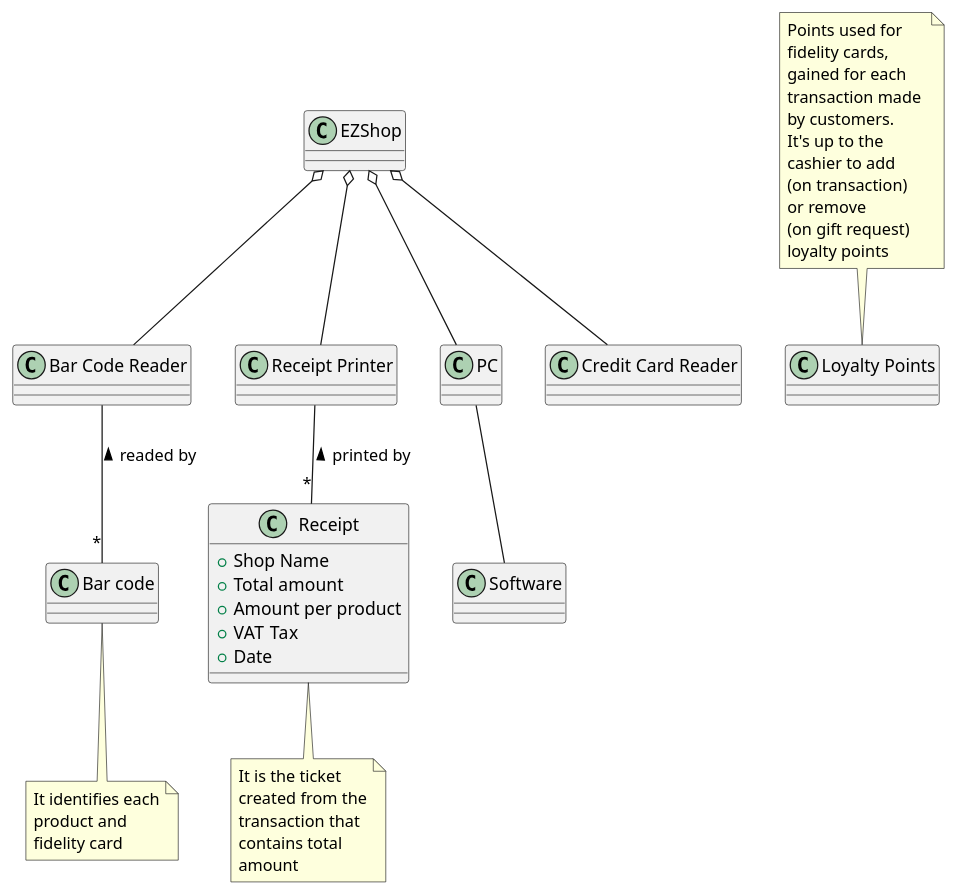
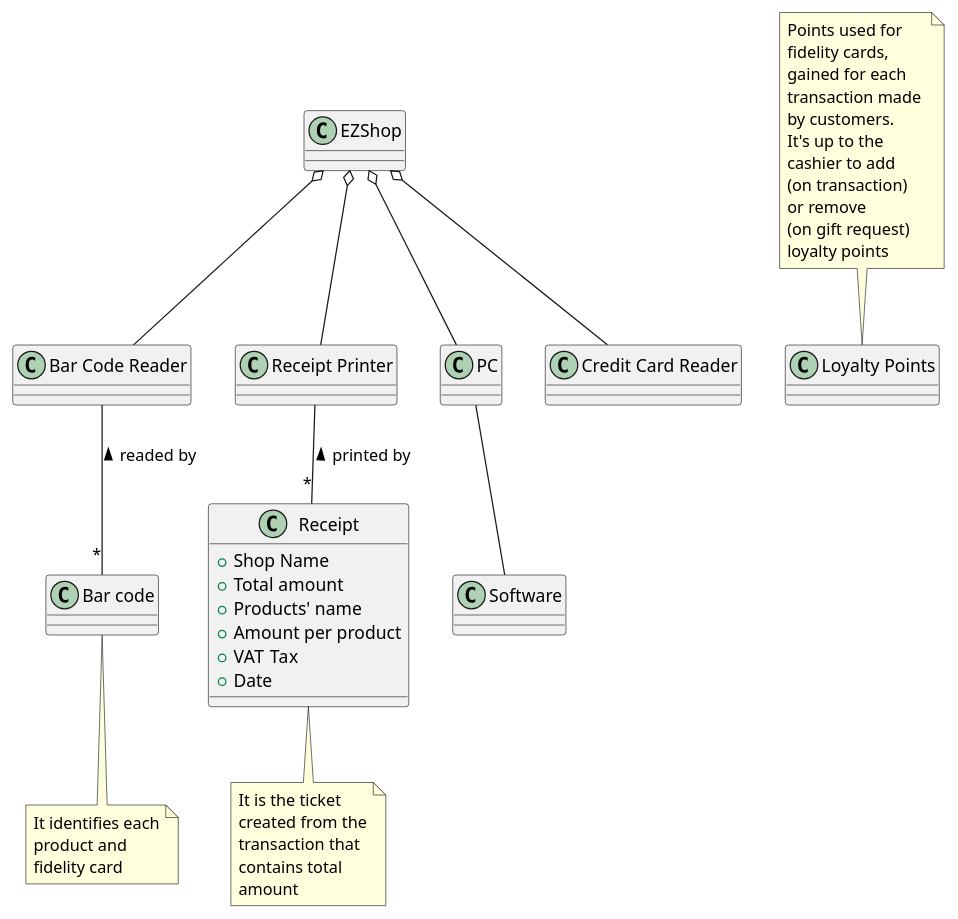
One commit to GrayNeel/SoftEngProject-EZShop changed the third of 4 diagrams in Deliverables/RequirementsDocument.md. Above: the diagram before and after it, drawn with PlantUML.

Commit message:
fix(Requirements): Fixed Receipt

````diff
--- a/Deliverables/RequirementsDocument.md
+++ b/Deliverables/RequirementsDocument.md
@@ -441,42 +441,43 @@
 ```plantuml
 @startuml
 class PC
 class "Credit Card Reader" as ccr
 class "Bar Code Reader" as bcr
 class "EZShop" as ez
 class "Software" as s
 class "Receipt Printer" as rp
 
 ez o-- PC
 ez o-- ccr
 ez o-- bcr
 ez o-- rp
 s -up- PC
 
 /' Glossary '/
 class "Receipt" as r {
 	+Shop Name
 	+Total amount
+	+Products' name
 	+Amount per product
 	+VAT Tax
 	+Date
 }
 class "Loyalty Points" as lp
 class "Bar code" as bc
 
 r "*" -up- rp : printed by >
 bc "*" -up- bcr : readed by >
 
 note "It is the ticket\ncreated from the\ntransaction that \ncontains total\namount" as N1
 note "It identifies each\nproduct and \nfidelity card" as N2
 
 N1 -up- r
 N2 -up- bc
 
 note "Points used for \nfidelity cards, \ngained for each \ntransaction made \nby customers. \nIt's up to the\ncashier to add \n(on transaction) \nor remove \n(on gift request) \nloyalty points" as N3
 
 /'Check if lp go with EZShop'/
 N3 -- lp
 
 @enduml
 ```
````
